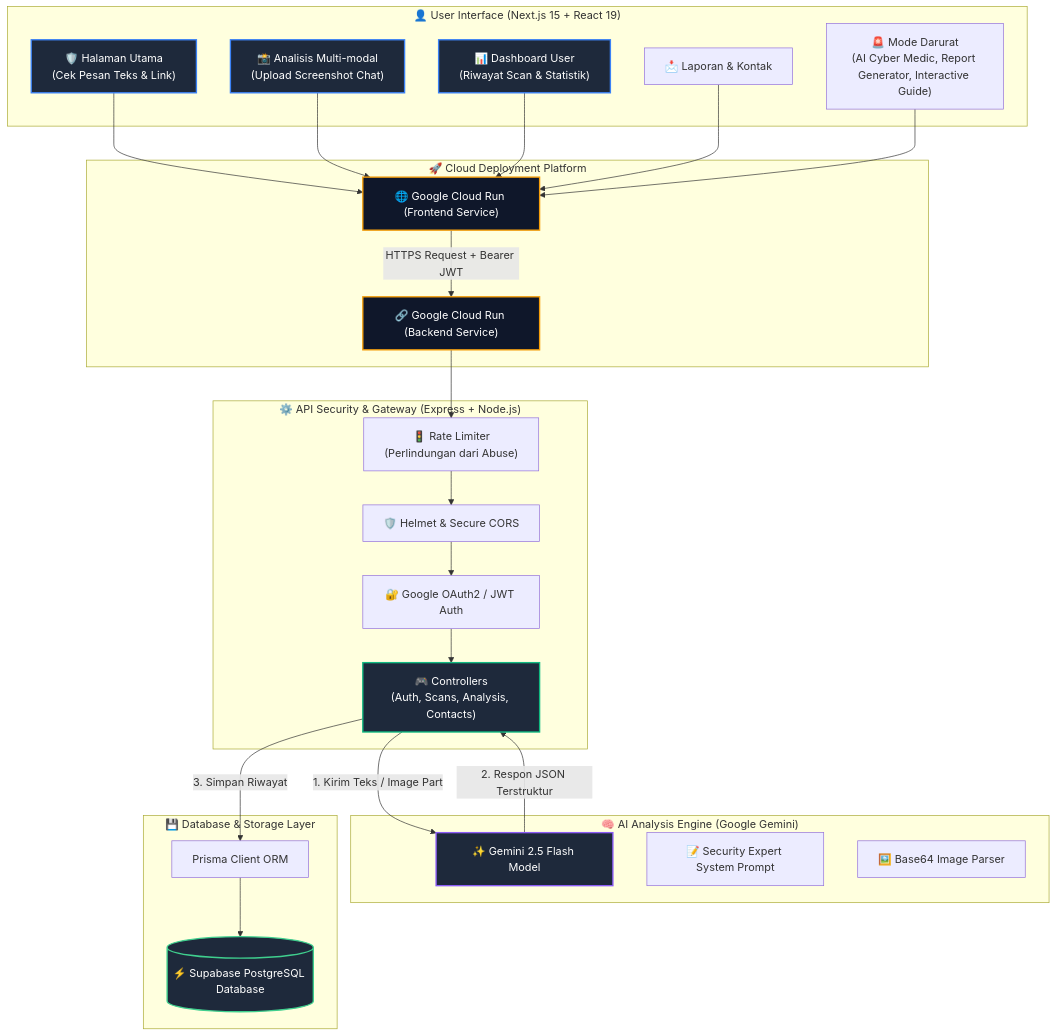
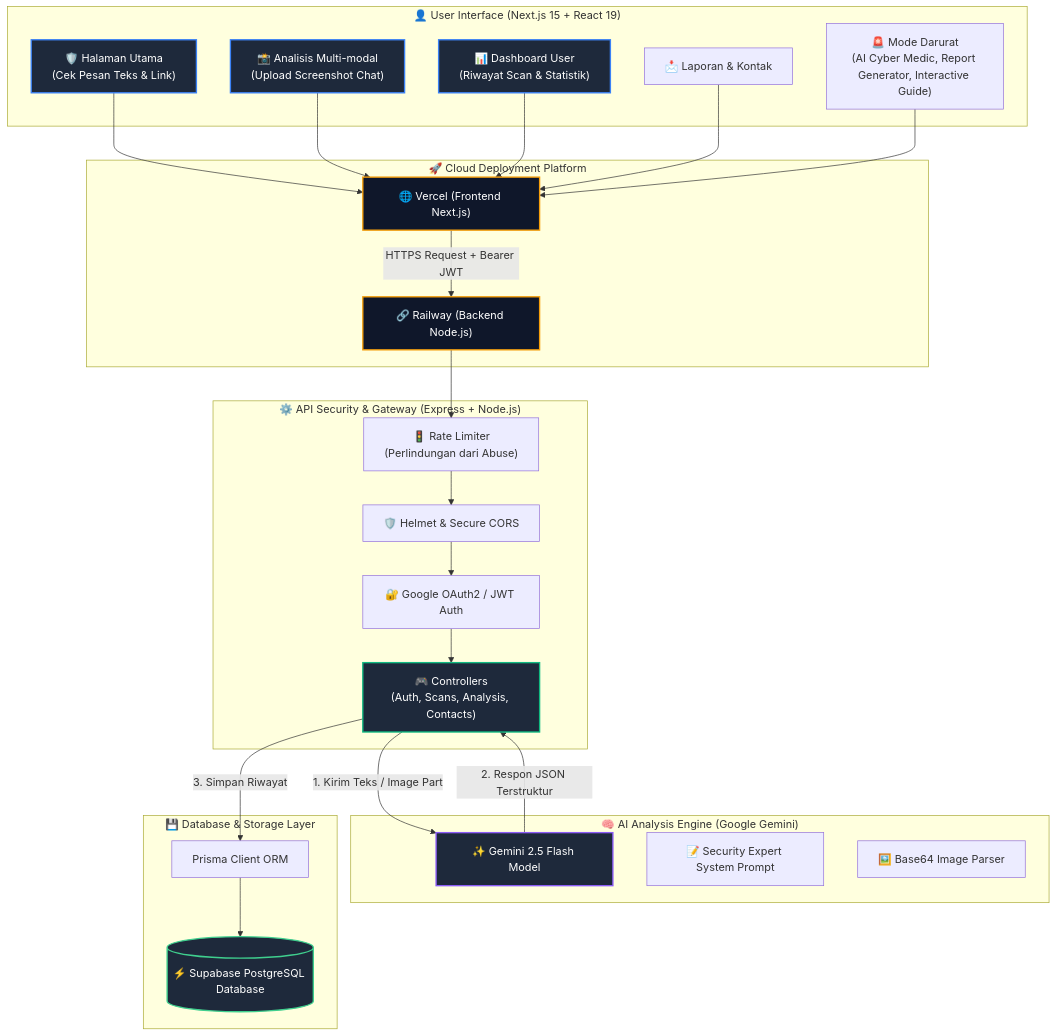
One commit to Renoslendra/aman-klik changed the diagram in README.md. Above: the diagram before and after it, drawn with Mermaid. The commit also changed other lines of this file, not shown here.

Commit message:
docs: update deployment guidelines for vercel and railway

````diff
--- a/README.md
+++ b/README.md
@@ -66,59 +67,59 @@
 ```mermaid
 graph TB
     subgraph "👤 User Interface (Next.js 15 + React 19)"
         UI1["🛡️ Halaman Utama<br/>(Cek Pesan Teks & Link)"]
         UI2["📸 Analisis Multi-modal<br/>(Upload Screenshot Chat)"]
         UI3["📊 Dashboard User<br/>(Riwayat Scan & Statistik)"]
         UI4["📩 Laporan & Kontak"]
         UI5["🚨 Mode Darurat<br/>(AI Cyber Medic, Report Generator, Interactive Guide)"]
     end
 
     subgraph "⚙️ API Security & Gateway (Express + Node.js)"
         Sec1["🚦 Rate Limiter<br/>(Perlindungan dari Abuse)"]
         Sec2["🛡️ Helmet & Secure CORS"]
         Sec3["🔐 Google OAuth2 / JWT Auth"]
         Controller["🎮 Controllers<br/>(Auth, Scans, Analysis, Contacts)"]
     end
 
     subgraph "🧠 AI Analysis Engine (Google Gemini)"
         Gemini["✨ Gemini 2.5 Flash Model"]
         Prompt["📝 Security Expert System Prompt"]
         ImageProc["🖼️ Base64 Image Parser"]
     end
 
     subgraph "💾 Database & Storage Layer"
         Prisma["Prisma Client ORM"]
         DB[("⚡ Supabase PostgreSQL Database")]
     end
 
     subgraph "🚀 Cloud Deployment Platform"
-        GCP_FE["🌐 Google Cloud Run (Frontend Service)"]
-        GCP_BE["🔗 Google Cloud Run (Backend Service)"]
+        GCP_FE["🌐 Vercel (Frontend Next.js)"]
+        GCP_BE["🔗 Railway (Backend Node.js)"]
     end
 
     UI1 --> GCP_FE
     UI2 --> GCP_FE
     UI3 --> GCP_FE
     UI4 --> GCP_FE
     UI5 --> GCP_FE
 
     GCP_FE -->|HTTPS Request + Bearer JWT| GCP_BE
     GCP_BE --> Sec1
     Sec1 --> Sec2
     Sec2 --> Sec3
     Sec3 --> Controller
 
     Controller -->|1. Kirim Teks / Image Part| Gemini
     Gemini -->|2. Respon JSON Terstruktur| Controller
     Controller -->|3. Simpan Riwayat| Prisma
     Prisma --> DB
 
     style UI1 fill:#1E293B,stroke:#3B82F6,stroke-width:2px,color:#fff
     style UI2 fill:#1E293B,stroke:#3B82F6,stroke-width:2px,color:#fff
     style UI3 fill:#1E293B,stroke:#3B82F6,stroke-width:2px,color:#fff
     style Controller fill:#1E293B,stroke:#10B981,stroke-width:2px,color:#fff
     style Gemini fill:#1E293B,stroke:#8B5CF6,stroke-width:2px,color:#fff
     style DB fill:#1E293B,stroke:#3FCF8E,stroke-width:2px,color:#fff
     style GCP_FE fill:#0F172A,stroke:#F59E0B,stroke-width:2px,color:#fff
     style GCP_BE fill:#0F172A,stroke:#F59E0B,stroke-width:2px,color:#fff
 ```
````
